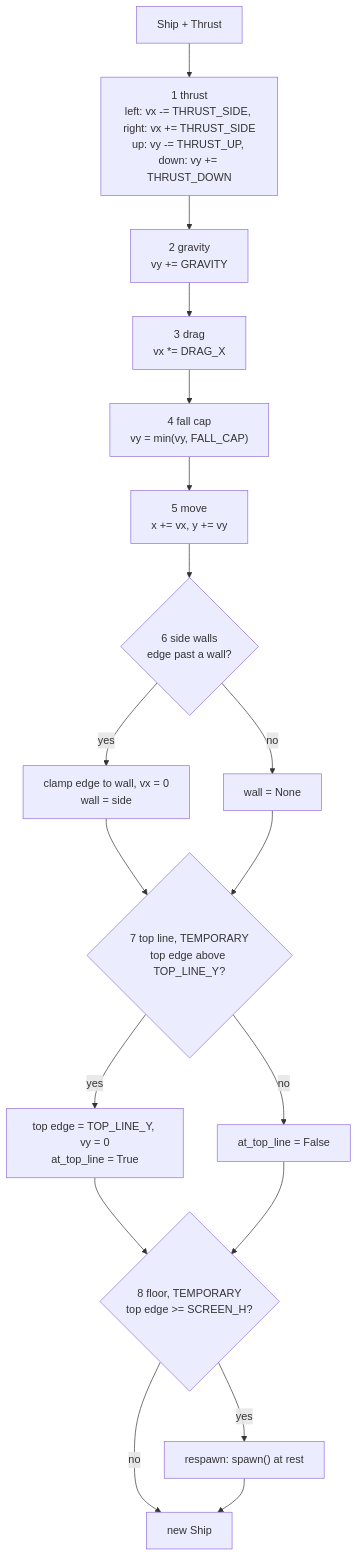
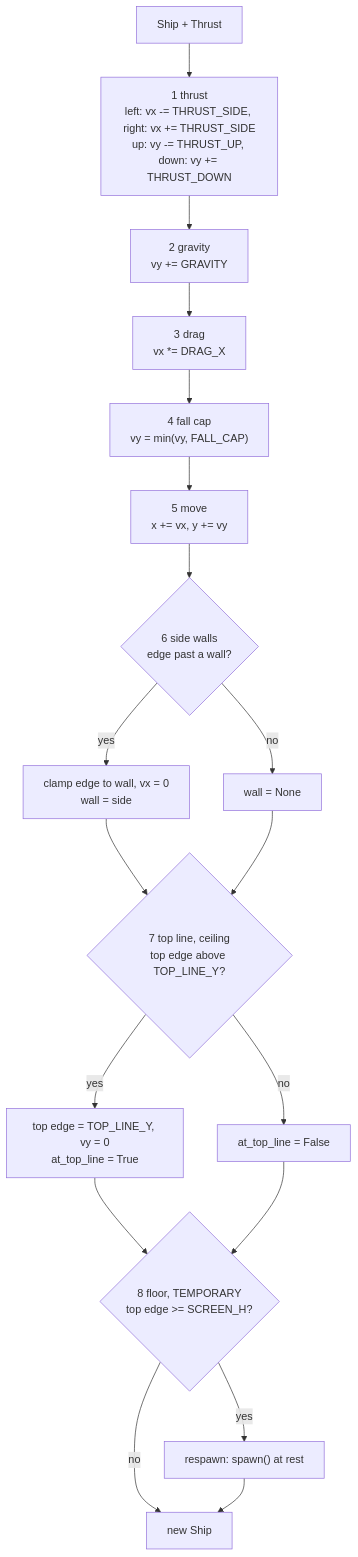
The first of 2 diagrams in docs/contracts/DRA-6/DRA-6-ship.md (david-mntl/driftward-ace), drawn with Mermaid before and after one commit. The commit also changed other lines of this file and 11 other files, not shown here.

````diff
--- a/docs/contracts/DRA-6/DRA-6-ship.md
+++ b/docs/contracts/DRA-6/DRA-6-ship.md
@@ -17,20 +19,20 @@
 ```mermaid
 flowchart TD
   IN["Ship + Thrust"] --> T1["1 thrust<br/>left: vx -= THRUST_SIDE, right: vx += THRUST_SIDE<br/>up: vy -= THRUST_UP, down: vy += THRUST_DOWN"]
   T1 --> T2["2 gravity<br/>vy += GRAVITY"]
   T2 --> T3["3 drag<br/>vx *= DRAG_X"]
   T3 --> T4["4 fall cap<br/>vy = min(vy, FALL_CAP)"]
   T4 --> T5["5 move<br/>x += vx, y += vy"]
   T5 --> T6{"6 side walls<br/>edge past a wall?"}
   T6 -- yes --> W["clamp edge to wall, vx = 0<br/>wall = side"]
   T6 -- no --> WN["wall = None"]
   W --> T7
-  WN --> T7{"7 top line, TEMPORARY<br/>top edge above TOP_LINE_Y?"}
+  WN --> T7{"7 top line, ceiling<br/>top edge above TOP_LINE_Y?"}
   T7 -- yes --> TL["top edge = TOP_LINE_Y, vy = 0<br/>at_top_line = True"]
   T7 -- no --> TN["at_top_line = False"]
   TL --> T8
   TN --> T8{"8 floor, TEMPORARY<br/>top edge >= SCREEN_H?"}
   T8 -- yes --> R["respawn: spawn() at rest"]
   T8 -- no --> OUT["new Ship"]
   R --> OUT
 ```
````
